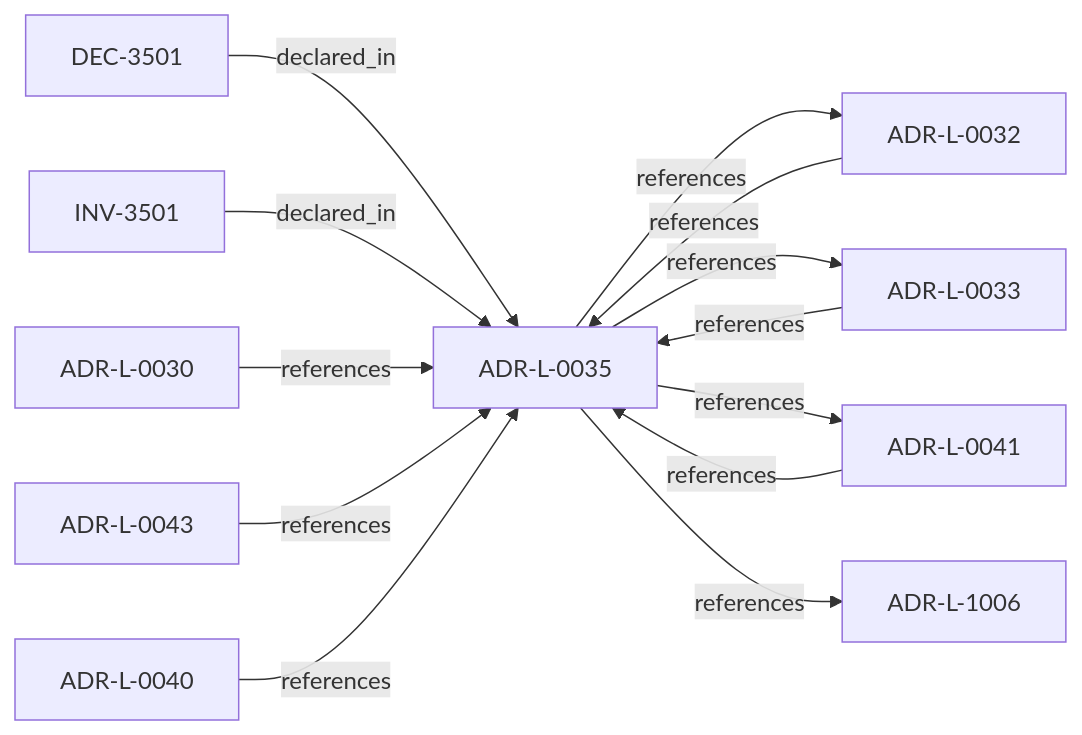
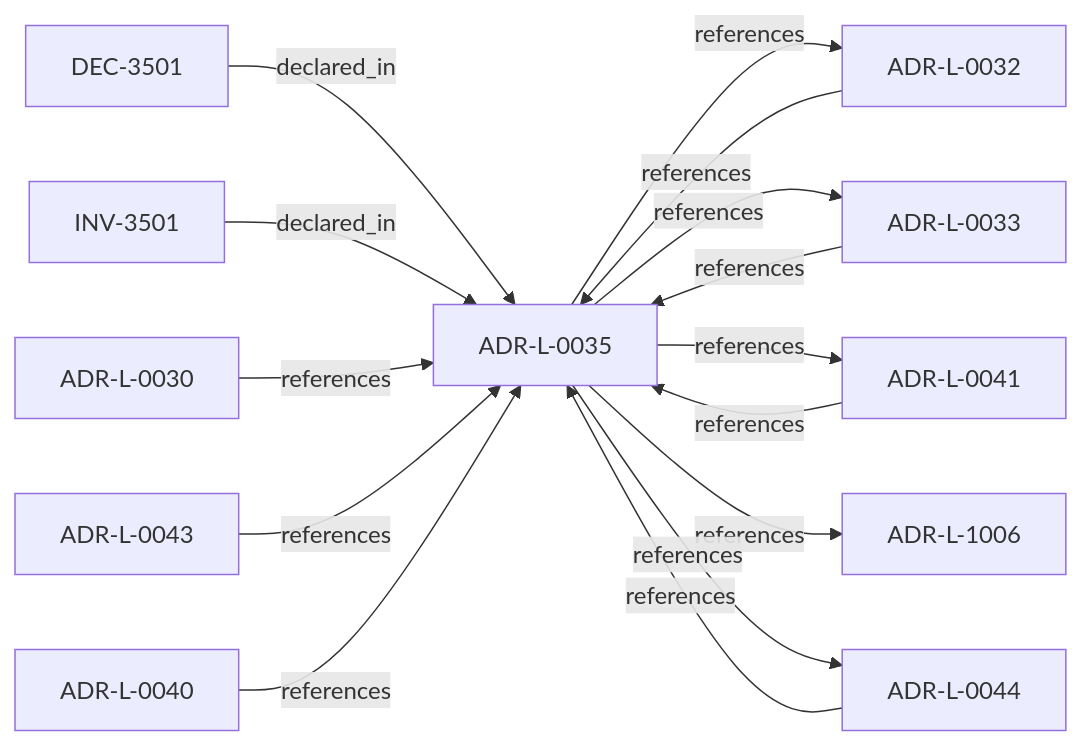
The diagram in adrs/adr-projection/logical/ADR-L-0035-architecture-ir-ontology-authority-in-ste-spec.md (egallmann/ste-spec), drawn with Mermaid before and after one commit. The commit also changed other lines of this file and 24 other files, not shown here.

````diff
--- a/adrs/adr-projection/logical/ADR-L-0035-architecture-ir-ontology-authority-in-ste-spec.md
+++ b/adrs/adr-projection/logical/ADR-L-0035-architecture-ir-ontology-authority-in-ste-spec.md
@@ -38,25 +39,28 @@
 ```mermaid
 flowchart LR
   n_01a04e96_1f5b_752a_bb27_9bfbb872ffc6["ADR-L-0030"]
   n_01a04e96_1f5b_7ece_bf1f_4f6ac80361f5["ADR-L-0032"]
   n_01a04e96_1f5b_7efb_a818_9534da2c4cd4["ADR-L-0033"]
   n_01a04e96_1f5c_72a7_8a1b_81cf44933af3["ADR-L-0043"]
   n_01a04e96_1f5c_7315_962f_572c86c75279["DEC-3501"]
   n_01a04e96_1f5c_771f_8f37_e9c2426a3ab9["INV-3501"]
   n_01a04e96_1f5c_78e0_823f_3c915d07acd6["ADR-L-0040"]
   n_01a04e96_1f5c_7e5b_9837_1dea58886565["ADR-L-0041"]
   n_01a04e96_1f5c_7fd4_bf3e_ddca6103eae1["ADR-L-0035"]
   n_01a04e96_1f5d_78e4_b527_64a4a9e9e2b5["ADR-L-1006"]
+  n_01a06490_5b3c_76c0_9da2_abc5d28f8970["ADR-L-0044"]
   n_01a04e96_1f5c_7315_962f_572c86c75279 -->|"declared_in"| n_01a04e96_1f5c_7fd4_bf3e_ddca6103eae1
   n_01a04e96_1f5c_771f_8f37_e9c2426a3ab9 -->|"declared_in"| n_01a04e96_1f5c_7fd4_bf3e_ddca6103eae1
   n_01a04e96_1f5b_752a_bb27_9bfbb872ffc6 -->|"references"| n_01a04e96_1f5c_7fd4_bf3e_ddca6103eae1
   n_01a04e96_1f5b_7ece_bf1f_4f6ac80361f5 -->|"references"| n_01a04e96_1f5c_7fd4_bf3e_ddca6103eae1
   n_01a04e96_1f5b_7efb_a818_9534da2c4cd4 -->|"references"| n_01a04e96_1f5c_7fd4_bf3e_ddca6103eae1
   n_01a04e96_1f5c_72a7_8a1b_81cf44933af3 -->|"references"| n_01a04e96_1f5c_7fd4_bf3e_ddca6103eae1
   n_01a04e96_1f5c_78e0_823f_3c915d07acd6 -->|"references"| n_01a04e96_1f5c_7fd4_bf3e_ddca6103eae1
   n_01a04e96_1f5c_7e5b_9837_1dea58886565 -->|"references"| n_01a04e96_1f5c_7fd4_bf3e_ddca6103eae1
   n_01a04e96_1f5c_7fd4_bf3e_ddca6103eae1 -->|"references"| n_01a04e96_1f5b_7ece_bf1f_4f6ac80361f5
   n_01a04e96_1f5c_7fd4_bf3e_ddca6103eae1 -->|"references"| n_01a04e96_1f5b_7efb_a818_9534da2c4cd4
   n_01a04e96_1f5c_7fd4_bf3e_ddca6103eae1 -->|"references"| n_01a04e96_1f5c_7e5b_9837_1dea58886565
   n_01a04e96_1f5c_7fd4_bf3e_ddca6103eae1 -->|"references"| n_01a04e96_1f5d_78e4_b527_64a4a9e9e2b5
+  n_01a04e96_1f5c_7fd4_bf3e_ddca6103eae1 -->|"references"| n_01a06490_5b3c_76c0_9da2_abc5d28f8970
+  n_01a06490_5b3c_76c0_9da2_abc5d28f8970 -->|"references"| n_01a04e96_1f5c_7fd4_bf3e_ddca6103eae1
 ```
````
